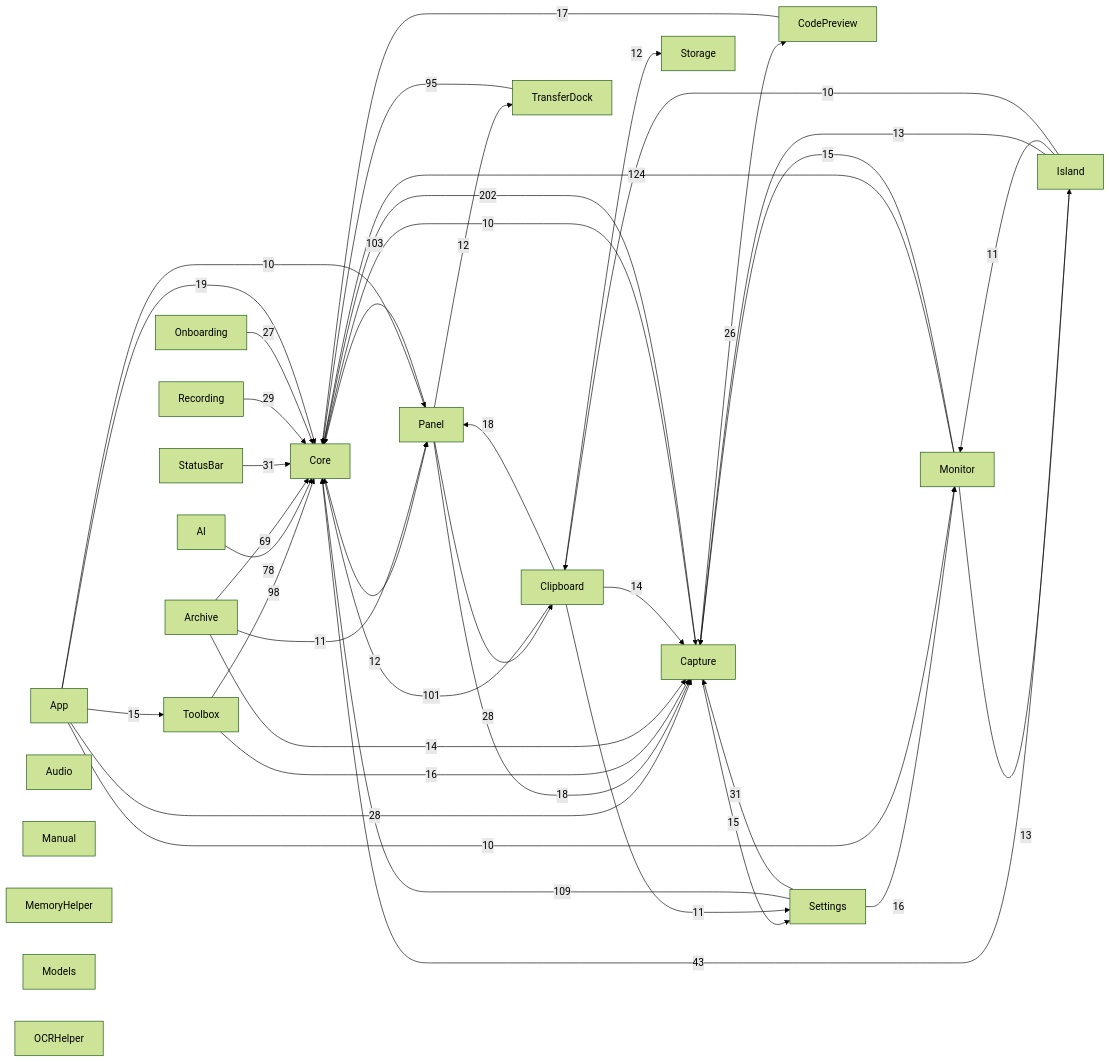
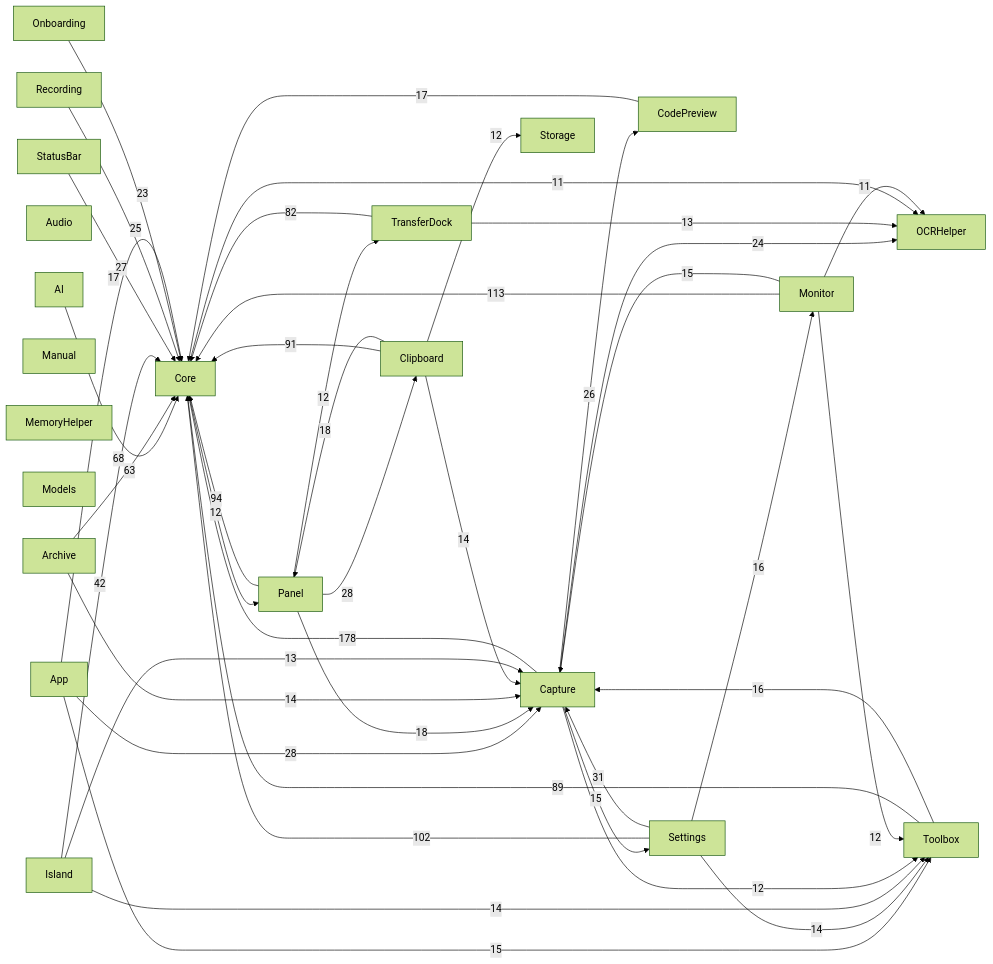
One commit to sxyq/Kitnest changed the diagram in docs/00-总览/模块依赖图.md. Above: the diagram before and after it, drawn with Mermaid (forest theme). The commit also changed other lines of this file and 6 other files, not shown here.

````diff
--- a/docs/00-总览/模块依赖图.md
+++ b/docs/00-总览/模块依赖图.md
@@ -36,65 +36,65 @@
 ```mermaid
 flowchart LR
   M0["AI"]
   M1["App"]
   M2["Archive"]
   M3["Audio"]
   M4["Capture"]
   M5["Clipboard"]
   M6["CodePreview"]
   M7["Core"]
   M8["Island"]
   M9["Manual"]
   M10["MemoryHelper"]
   M11["Models"]
   M12["Monitor"]
   M13["OCRHelper"]
   M14["Onboarding"]
   M15["Panel"]
   M16["Recording"]
   M17["Settings"]
   M18["StatusBar"]
   M19["Storage"]
   M20["Toolbox"]
   M21["TransferDock"]
-  M4 -->|202| M7
-  M12 -->|124| M7
-  M17 -->|109| M7
-  M15 -->|103| M7
-  M5 -->|101| M7
-  M20 -->|98| M7
-  M21 -->|95| M7
-  M0 -->|78| M7
-  M2 -->|69| M7
-  M8 -->|43| M7
+  M4 -->|178| M7
+  M12 -->|113| M7
+  M17 -->|102| M7
+  M15 -->|94| M7
+  M5 -->|91| M7
+  M20 -->|89| M7
+  M21 -->|82| M7
+  M0 -->|68| M7
+  M2 -->|63| M7
+  M8 -->|42| M7
   M17 -->|31| M4
-  M18 -->|31| M7
-  M16 -->|29| M7
   M1 -->|28| M4
   M15 -->|28| M5
-  M14 -->|27| M7
+  M18 -->|27| M7
   M4 -->|26| M6
-  M1 -->|19| M7
+  M16 -->|25| M7
+  M4 -->|24| M13
+  M14 -->|23| M7
+  M15 -->|18| M4
   M5 -->|18| M15
-  M15 -->|18| M4
+  M1 -->|17| M7
   M6 -->|17| M7
   M17 -->|16| M12
   M20 -->|16| M4
   M1 -->|15| M20
   M4 -->|15| M17
   M12 -->|15| M4
+  M17 -->|14| M20
   M2 -->|14| M4
+  M8 -->|14| M20
   M5 -->|14| M4
   M8 -->|13| M4
-  M12 -->|13| M8
+  M21 -->|13| M13
   M7 -->|12| M15
+  M4 -->|12| M20
+  M12 -->|12| M20
+  M15 -->|12| M21
   M5 -->|12| M19
-  M15 -->|12| M21
-  M2 -->|11| M15
-  M5 -->|11| M17
-  M8 -->|11| M12
-  M1 -->|10| M15
-  M1 -->|10| M12
-  M7 -->|10| M4
-  M8 -->|10| M5
+  M7 -->|11| M13
+  M12 -->|11| M13
 ```
````
